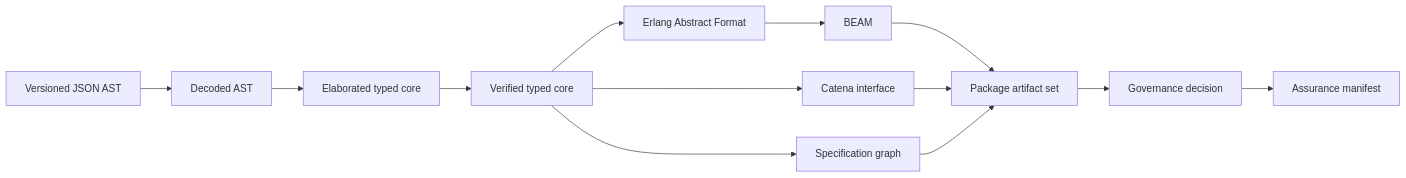
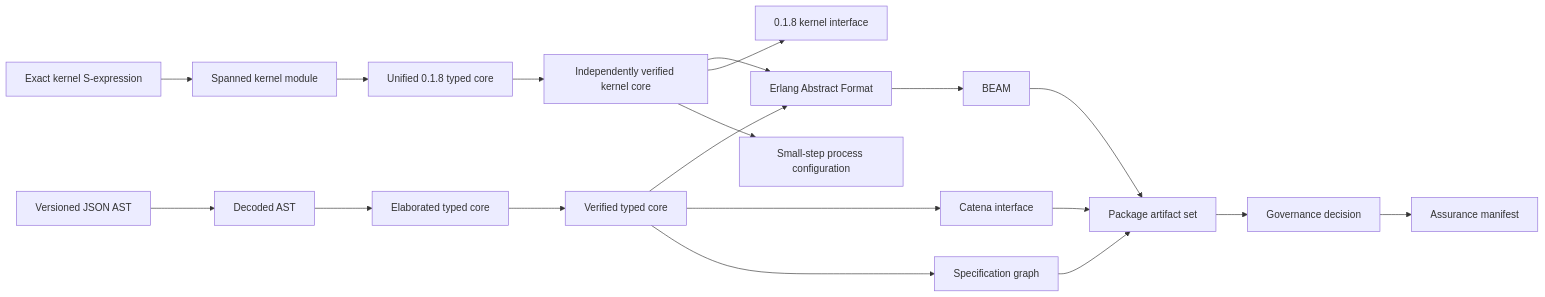
The first of 2 diagrams in guides/development/intermediate-representations.md (pcharbon70/catena), drawn with Mermaid before and after one commit. The commit also changed other lines of this file and 35 other files, not shown here.

````diff
--- a/guides/development/intermediate-representations.md
+++ b/guides/development/intermediate-representations.md
@@ -9,15 +9,21 @@
 ```mermaid
 flowchart LR
     J[Versioned JSON AST] --> A[Decoded AST]
+    K[Exact kernel S-expression] --> KA[Spanned kernel module]
     A --> C[Elaborated typed core]
     C --> V[Verified typed core]
     V --> E[Erlang Abstract Format]
     E --> B[BEAM]
     V --> I[Catena interface]
+    KA --> KC[Unified 0.1.8 typed core]
+    KC --> KV[Independently verified kernel core]
+    KV --> E
+    KV --> KI[0.1.8 kernel interface]
+    KV --> CFG[Small-step process configuration]
     V --> S[Specification graph]
     B --> P[Package artifact set]
     I --> P
     S --> P
     P --> G[Governance decision]
     G --> M[Assurance manifest]
 ```
````
